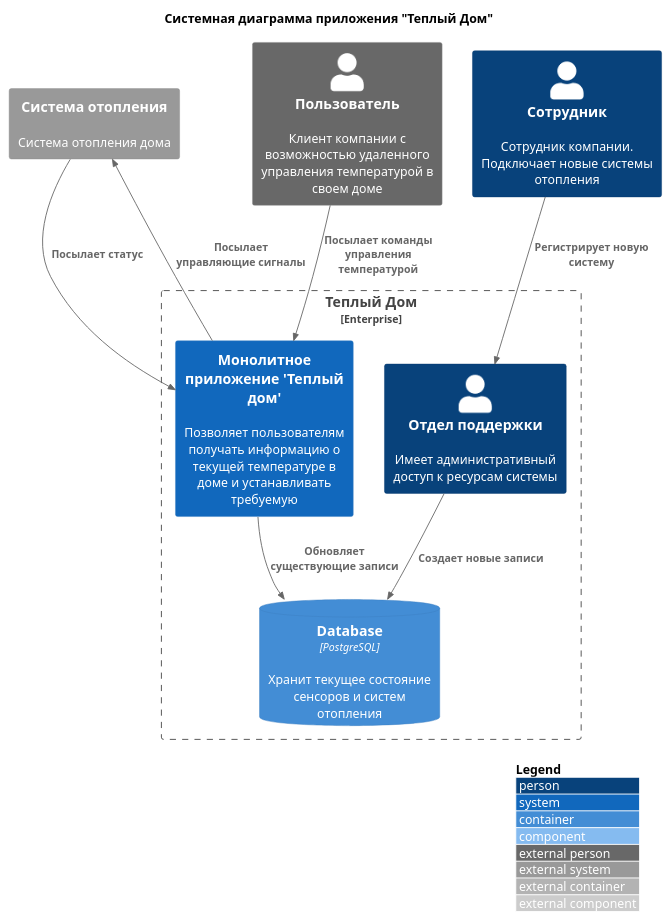
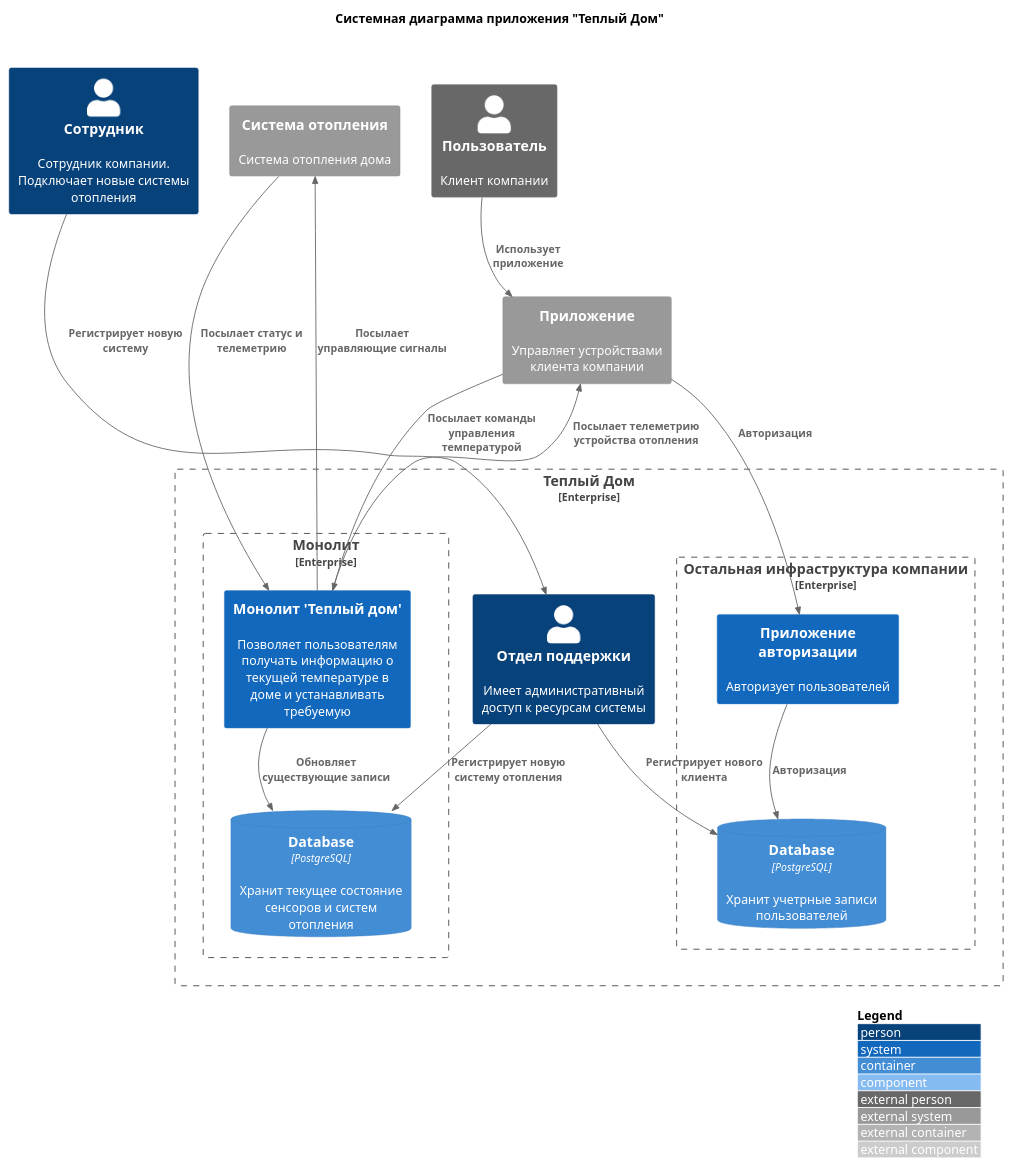
Before and after one commit to bmironov/architecture-sprint-3: the diagram in diagrams/task_1_monolith.puml, drawn with PlantUML. The commit also changed 4 other files, not shown here.

```diff
--- a/diagrams/task_1_monolith.puml
+++ b/diagrams/task_1_monolith.puml
@@ -1,28 +1,53 @@
 @startuml
 !include https://raw.githubusercontent.com/plantuml-stdlib/C4-PlantUML/master/C4_Context.puml
 !include https://raw.githubusercontent.com/plantuml-stdlib/C4-PlantUML/master/C4_Component.puml
 LAYOUT_WITH_LEGEND()
 
 title Системная диаграмма приложения "Теплый Дом"
 
-System_Ext(hvac, "Система отопления", "Система отопления дома")
-Person_Ext(customer, "Пользователь", "Клиент компании с возможностью удаленного управления температурой в своем доме")
-Person(employee, "Сотрудник", "Сотрудник компании. Подключает новые системы отопления")
+System_Ext(hvac,     "Система отопления", "Система отопления дома")
+Person_Ext(customer, "Пользователь",      "Клиент компании")
+Person(employee,     "Сотрудник",         "Сотрудник компании. Подключает новые системы отопления")
+System_Ext(app,      "Приложение",        "Управляет устройствами клиента компании")
 
-Enterprise_Boundary(b, "Теплый Дом", "Компания 'Теплый Дом'") {
-    System(monolith, "Монолитное приложение 'Теплый дом'", "Позволяет пользователям получать информацию о текущей температуре в доме и устанавливать требуемую")
+Enterprise_Boundary(e0, "Теплый Дом", "Компания 'Теплый Дом'") {
+    Enterprise_Boundary(b1, "Монолит", "Компания 'Теплый Дом'") {
+        System(monolith, "Монолит 'Теплый дом'", "Позволяет пользователям получать информацию о текущей температуре в доме и устанавливать требуемую")
+        ContainerDb(db, "Database", "PostgreSQL", "Хранит текущее состояние сенсоров и систем отопления")
+    }
 
-    ContainerDb(db, "Database", "PostgreSQL", "Хранит текущее состояние сенсоров и систем отопления")
+    Enterprise_Boundary(b2, "Остальная инфраструктура компании") {
+        System(auth, "Приложение авторизации", "Авторизует пользователей")
+        ContainerDb(auth_db, "Database", "PostgreSQL", "Хранит учетрные записи пользователей")
+    }
+
     Person(customer_service, "Отдел поддержки", "Имеет административный доступ к ресурсам системы")
 }
 
-Rel_D(customer, monolith, "Посылает команды управления температурой")
 
-Rel_D(hvac, monolith, "Посылает статус")
+Rel_R(customer, app, "Использует приложение")
+Rel_D(app, monolith, "Посылает команды управления температурой")
+Rel_D(monolith, app, "Посылает телеметрию устройства отопления")
+Rel_D(app, auth,     "Авторизация")
+
+Rel_D(hvac, monolith, "Посылает статус и телеметрию")
 Rel_U(monolith, hvac, "Посылает управляющие сигналы")
 
 Rel_D(employee, customer_service, "Регистрирует новую систему")
 
-Rel_D(customer_service, db, "Создает новые записи")
-Rel_D(monolith, db, "Обновляет существующие записи")
+Rel_D(customer_service, db,      "Регистрирует новую систему отопления")
+Rel_D(customer_service, auth_db, "Регистрирует нового клиента")
+Rel_D(monolith, db,              "Обновляет существующие записи")
+
+Rel_D(auth, auth_db, "Авторизация")
+
+Lay_D(customer, app)
+Lay_L(customer, employee)
+Lay_R(employee, hvac)
+Lay_R(customer_service, b1)
+Lay_R(customer_service, b2)
+Lay_R(b1, b2)
+Lay_L(customer, hvac)
+Lay_D(monolith, db)
+Lay_D(auth, auth_db)
 @enduml
```
